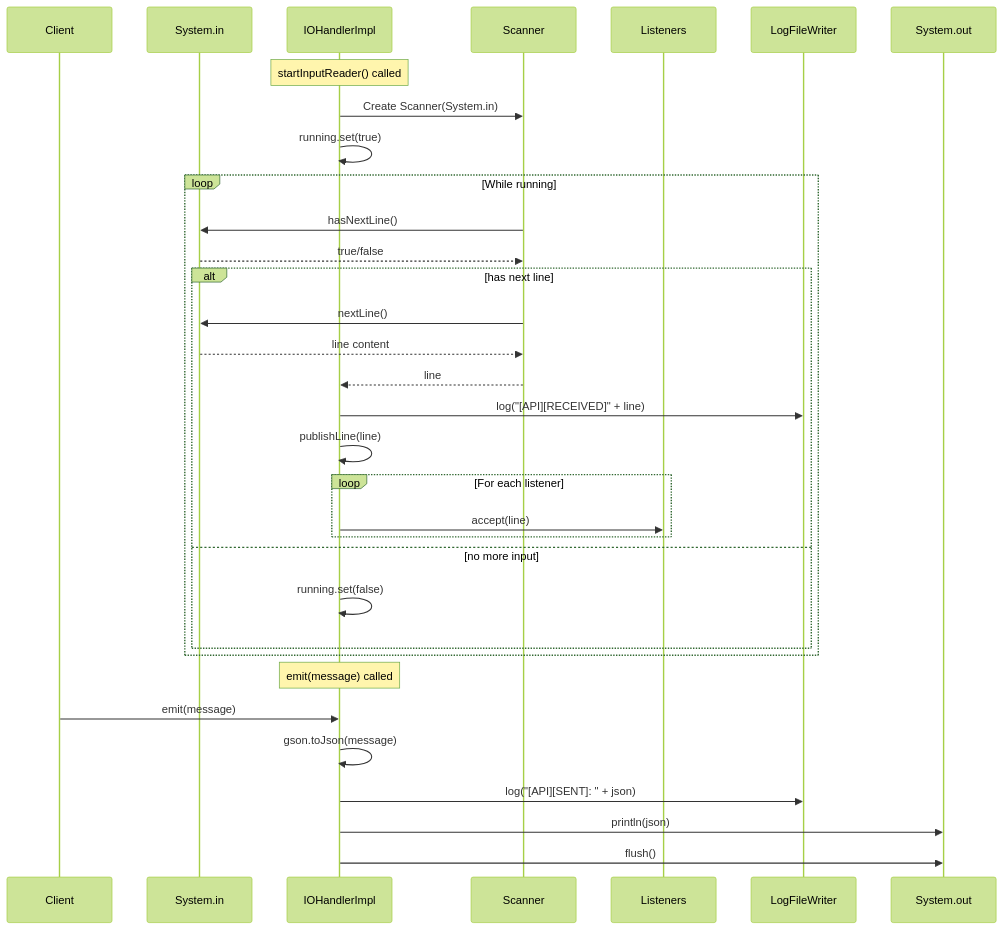
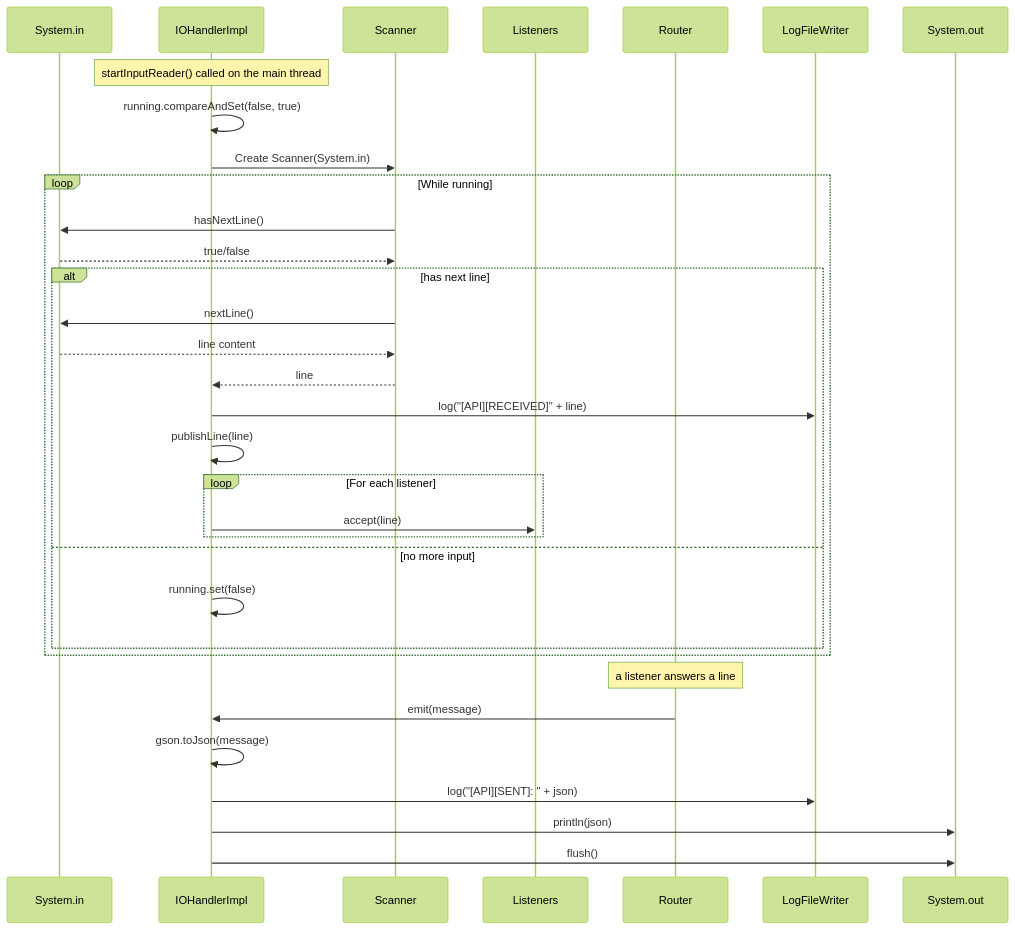
Before and after one commit to David-Parry/agent-mcp-workshop: the second of 2 diagrams in lessons/01-overview.md, drawn with Mermaid (forest theme). The commit also changed other lines of this file and 9 other files, not shown here.

````diff
--- a/lessons/01-overview.md
+++ b/lessons/01-overview.md
@@ -109,38 +112,38 @@
 ```mermaid
 sequenceDiagram
-    participant Client
     participant System.in
     participant IOHandlerImpl
     participant Scanner
     participant Listeners
+    participant Router
     participant LogFileWriter
     participant System.out
 
-    Note over IOHandlerImpl: startInputReader() called
+    Note over IOHandlerImpl: startInputReader() called on the main thread
+    IOHandlerImpl->>IOHandlerImpl: running.compareAndSet(false, true)
     IOHandlerImpl->>Scanner: Create Scanner(System.in)
-    IOHandlerImpl->>IOHandlerImpl: running.set(true)
     
     loop While running
         Scanner->>System.in: hasNextLine()
         System.in-->>Scanner: true/false
         alt has next line
             Scanner->>System.in: nextLine()
             System.in-->>Scanner: line content
             Scanner-->>IOHandlerImpl: line
             IOHandlerImpl->>LogFileWriter: log("[API][RECEIVED]" + line)
             IOHandlerImpl->>IOHandlerImpl: publishLine(line)
             loop For each listener
                 IOHandlerImpl->>Listeners: accept(line)
             end
         else no more input
             IOHandlerImpl->>IOHandlerImpl: running.set(false)
         end
     end
 
-    Note over IOHandlerImpl: emit(message) called
-    Client->>IOHandlerImpl: emit(message)
+    Note over Router: a listener answers a line
+    Router->>IOHandlerImpl: emit(message)
     IOHandlerImpl->>IOHandlerImpl: gson.toJson(message)
     IOHandlerImpl->>LogFileWriter: log("[API][SENT]: " + json)
     IOHandlerImpl->>System.out: println(json)
     IOHandlerImpl->>System.out: flush()
 ```
````
